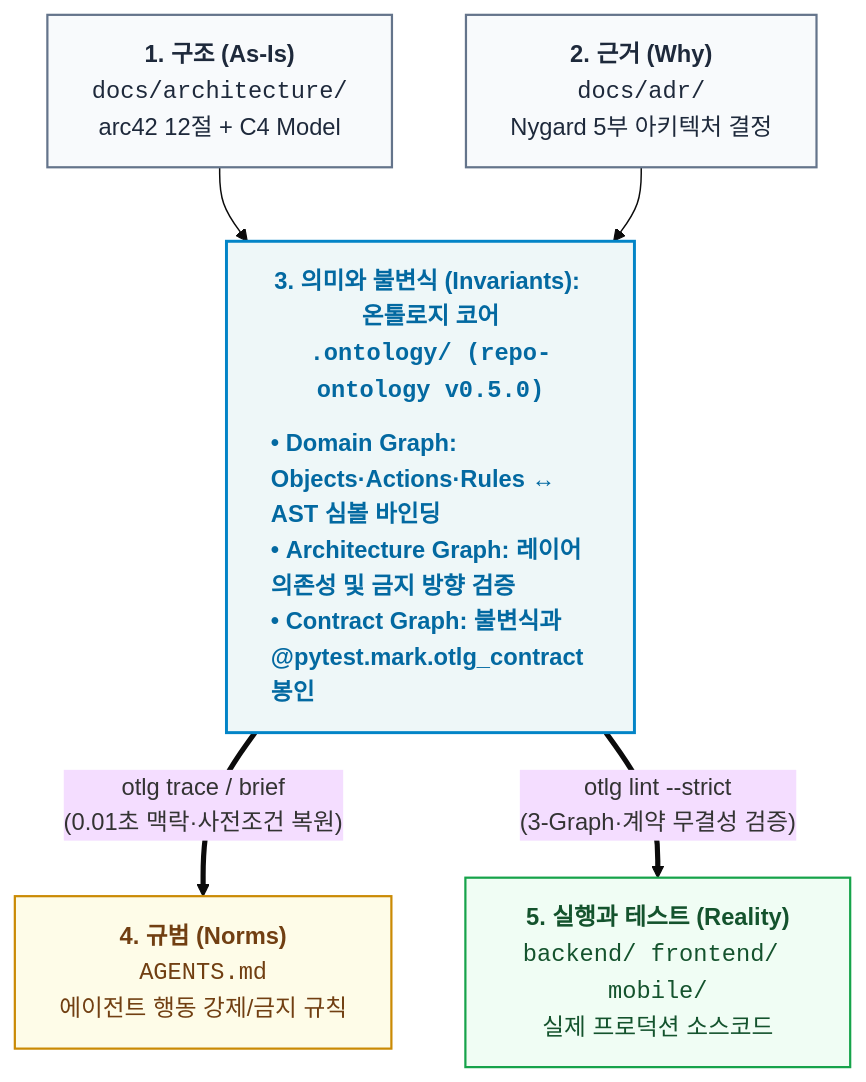
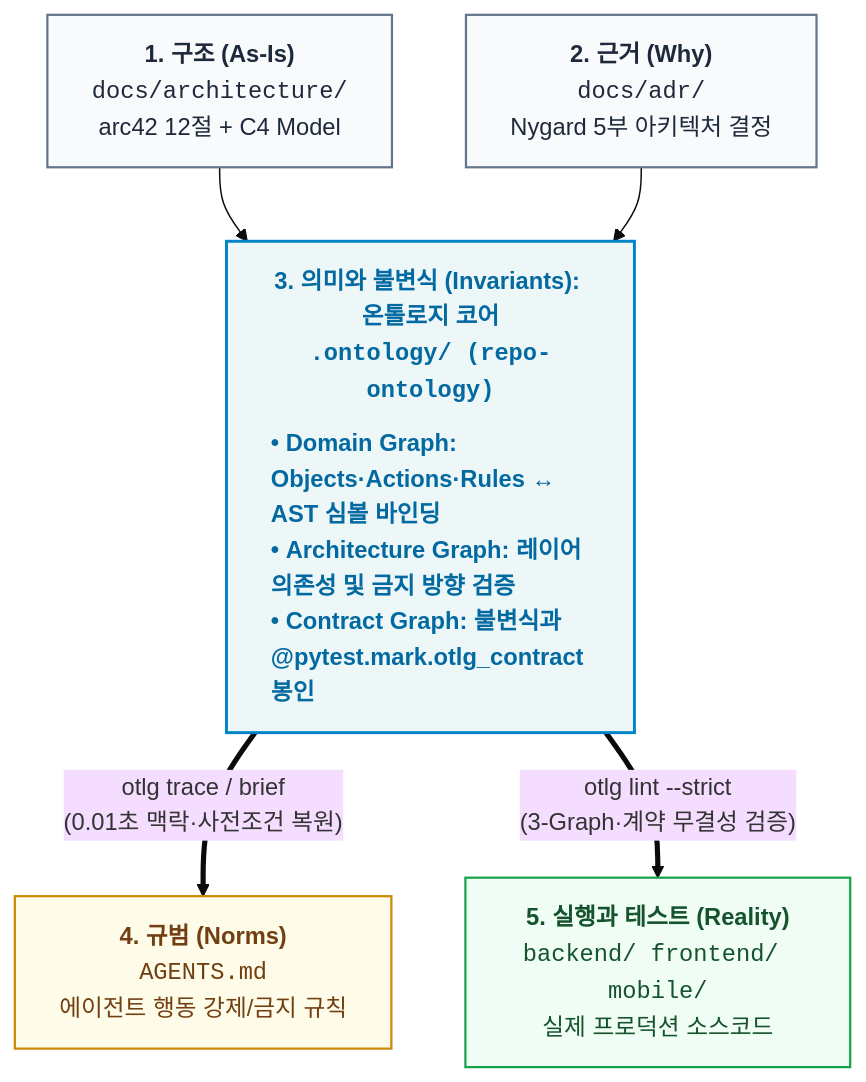
The third of 3 diagrams in _posts/tech/ai-agent-architecture/6 에이전트가 기억상실증입니다만, 문제라도?.md (tomato-vault/tomato-vault.github.io), drawn with Mermaid (base theme) before and after one commit. The commit also changed other lines of this file and 42 other files, not shown here.

````diff
--- a/_posts/tech/ai-agent-architecture/6 에이전트가 기억상실증입니다만, 문제라도?.md
+++ b/_posts/tech/ai-agent-architecture/6 에이전트가 기억상실증입니다만, 문제라도?.md
@@ -130,18 +130,18 @@
 ```mermaid
 flowchart TD
     classDef ont fill:#eef7f8,stroke:#0284c7,stroke-width:2px,color:#0369a1,font-weight:bold
     classDef doc fill:#f8fafc,stroke:#64748b,stroke-width:1.5px,color:#1e293b
     classDef exec fill:#f0fdf4,stroke:#16a34a,stroke-width:1.5px,color:#14532d
     classDef norm fill:#fefce8,stroke:#ca8a04,stroke-width:1.5px,color:#713f12
 
     G1["<b>1. 구조 (As-Is)</b><br/><code>docs/architecture/</code><br/>arc42 12절 + C4 Model"]:::doc
     G2["<b>2. 근거 (Why)</b><br/><code>docs/adr/</code><br/>Nygard 5부 아키텍처 결정"]:::doc
 
     G1 --> G3
     G2 --> G3
 
-    G3["<b>3. 의미와 불변식 (Invariants): 온톨로지 코어</b><br/><code>.ontology/ (repo-ontology v0.5.0)</code><hr style='margin:6px 0; border:none; border-top:1px solid #38bdf8;'/><div style='text-align:left; line-height:1.5;'>• <b>Domain Graph</b>: Objects·Actions·Rules ↔ AST 심볼 바인딩<br/>• <b>Architecture Graph</b>: 레이어 의존성 및 금지 방향 검증<br/>• <b>Contract Graph</b>: 불변식과 @pytest.mark.otlg_contract 봉인</div>"]:::ont
+    G3["<b>3. 의미와 불변식 (Invariants): 온톨로지 코어</b><br/><code>.ontology/ (repo-ontology)</code><hr style='margin:6px 0; border:none; border-top:1px solid #38bdf8;'/><div style='text-align:left; line-height:1.5;'>• <b>Domain Graph</b>: Objects·Actions·Rules ↔ AST 심볼 바인딩<br/>• <b>Architecture Graph</b>: 레이어 의존성 및 금지 방향 검증<br/>• <b>Contract Graph</b>: 불변식과 @pytest.mark.otlg_contract 봉인</div>"]:::ont
 
     G3 ==>|"otlg trace / brief<br/>(0.01초 맥락·사전조건 복원)"| G4["<b>4. 규범 (Norms)</b><br/><code>AGENTS.md</code><br/>에이전트 행동 강제/금지 규칙"]:::norm
     G3 ==>|"otlg lint --strict<br/>(3-Graph·계약 무결성 검증)"| G5["<b>5. 실행과 테스트 (Reality)</b><br/><code>backend/ frontend/ mobile/</code><br/>실제 프로덕션 소스코드"]:::exec
 ```
````
